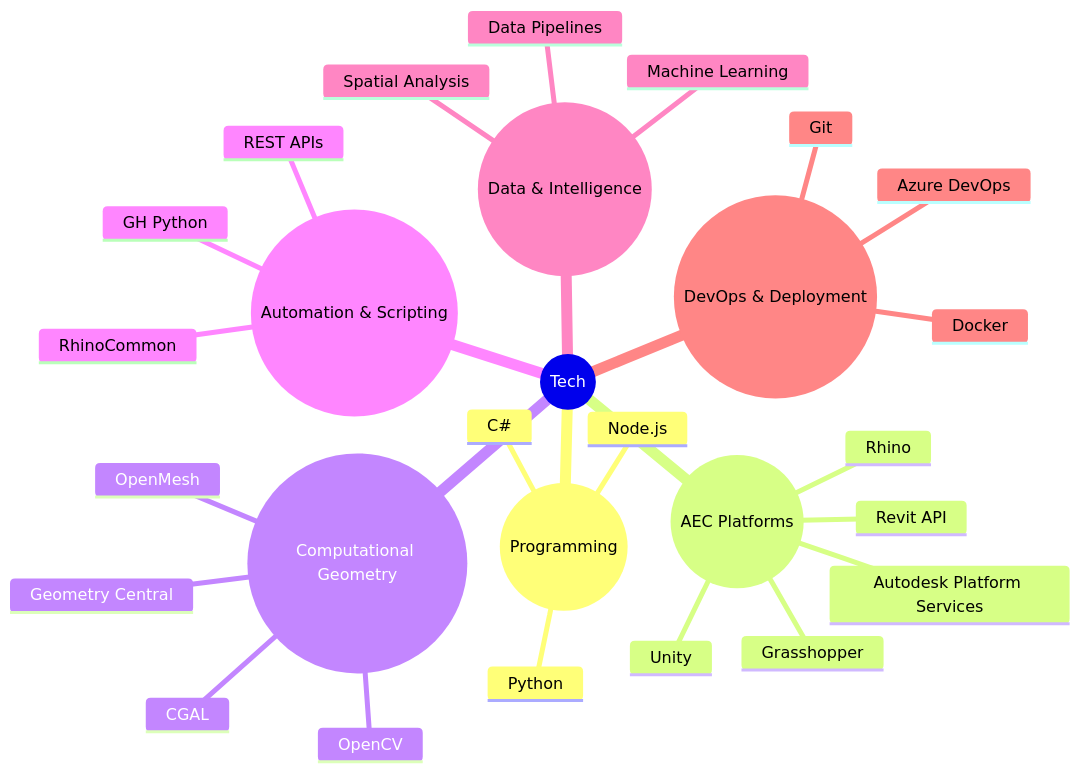
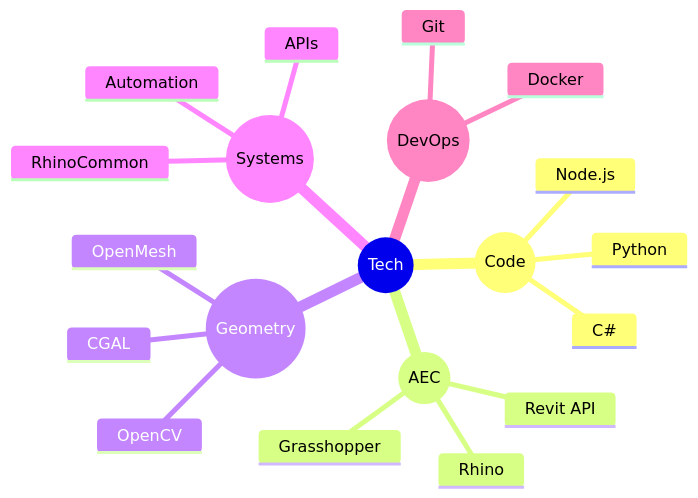
Before and after one commit to Darkwolf007/Darkwolf007: the diagram in README.md, drawn with Mermaid.

Commit message:
Revise mindmap categories in README
Updated mindmap structure in README to reflect changes in categories and terminology.

````diff
--- a/README.md
+++ b/README.md
@@ -10,37 +10,28 @@
 ```mermaid
 mindmap
   root((Tech))
 
-    ((Programming))
+    ((Code))
       C#
       Python
       Node.js
 
-    ((AEC Platforms))
+    ((AEC))
       Grasshopper
       Rhino
       Revit API
-      Autodesk Platform Services
-      Unity
 
-    ((Computational Geometry))
+    ((Geometry))
       CGAL
       OpenMesh
-      Geometry Central
       OpenCV
 
-    ((Automation & Scripting))
+    ((Systems))
       RhinoCommon
-      GH Python
-      REST APIs
+      APIs
+      Automation
 
-    ((Data & Intelligence))
-      Spatial Analysis
-      Machine Learning
-      Data Pipelines
-
-    ((DevOps & Deployment))
+    ((DevOps))
       Git
       Docker
-      Azure DevOps
 ```
````
